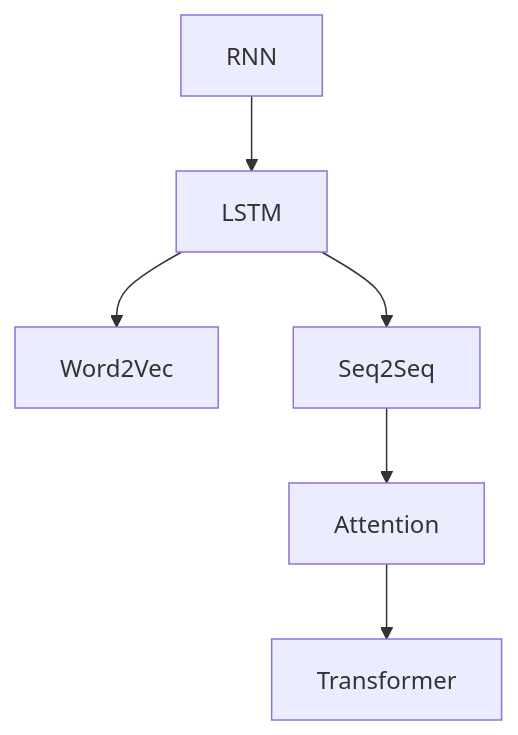
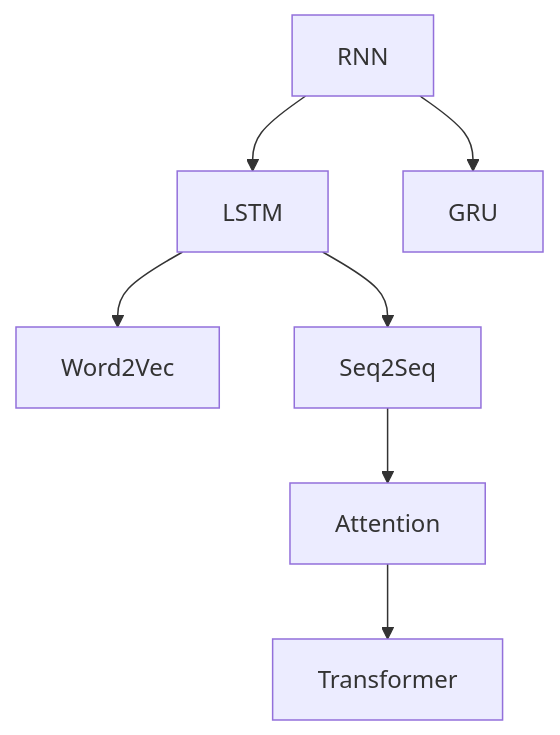
One commit to ted-sharp/chatvox changed the second of 7 diagrams in doc/llm.md. Above: the diagram before and after it, drawn with Mermaid. The commit also changed other lines of this file, not shown here.

````diff
--- a/doc/llm.md
+++ b/doc/llm.md
@@ -65,6 +65,7 @@
 ```mermaid
 flowchart
 
 RNN --> LSTM --> Word2Vec
 LSTM --> Seq2Seq --> Attention --> Transformer
+RNN --> GRU
 ```
````
